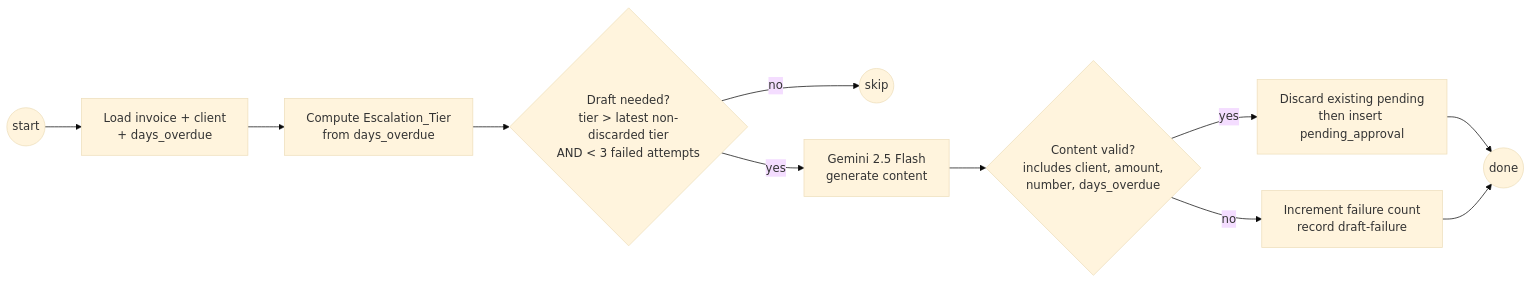
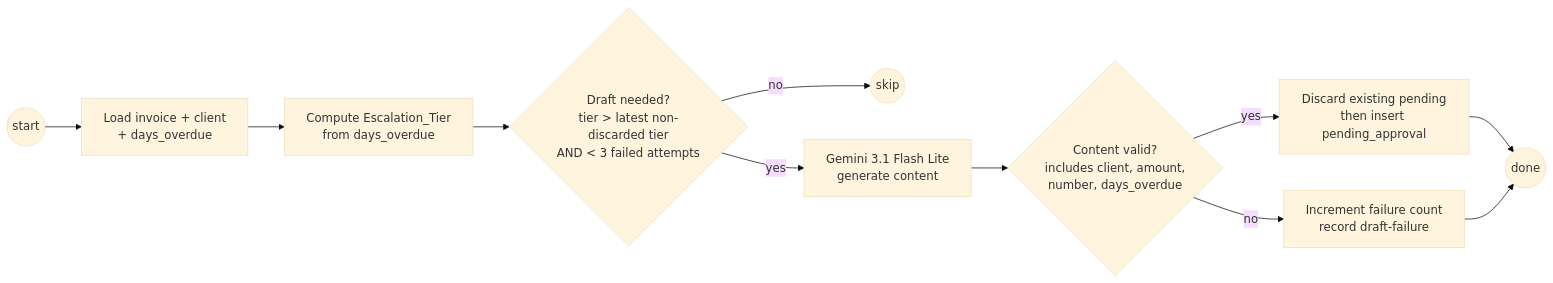
One commit to KuntalRathod/PayNudge changed the second of 3 diagrams in .kiro/specs/invoice-chase-agent/design.md. Above: the diagram before and after it, drawn with Mermaid (base theme). The commit also changed other lines of this file and 7 other files, not shown here.

First line of the commit message:
feat(ai): upgrade Gemini model from 2.5 Flash to 3.1 Flash Lite

````diff
--- a/.kiro/specs/invoice-chase-agent/design.md
+++ b/.kiro/specs/invoice-chase-agent/design.md
@@ -152,13 +152,13 @@
 ```mermaid
 graph LR
     START((start)) --> LOAD[Load invoice + client<br/>+ days_overdue]
     LOAD --> TIER[Compute Escalation_Tier<br/>from days_overdue]
     TIER --> GUARD{Draft needed?<br/>tier > latest non-discarded tier<br/>AND < 3 failed attempts}
     GUARD -- no --> SKIP((skip))
-    GUARD -- yes --> GEN[Gemini 2.5 Flash<br/>generate content]
+    GUARD -- yes --> GEN[Gemini 3.1 Flash Lite<br/>generate content]
     GEN --> VALIDATE{Content valid?<br/>includes client, amount,<br/>number, days_overdue}
     VALIDATE -- no --> FAIL[Increment failure count<br/>record draft-failure]
     VALIDATE -- yes --> PERSIST[Discard existing pending<br/>then insert pending_approval]
     PERSIST --> DONE((done))
     FAIL --> DONE
 ```
````
